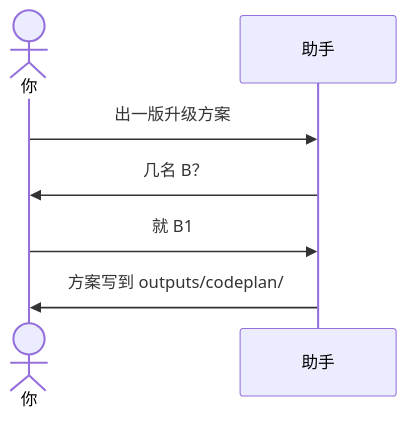
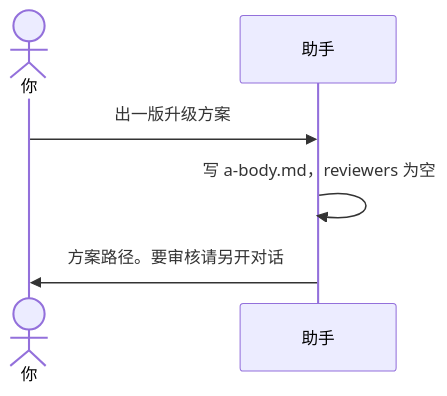
The diagram in examples/02-人数由你指定.md (qiusuo0226/codeplan-multireview), drawn with Mermaid before and after one commit. The commit also changed other lines of this file and 43 other files, not shown here.

````diff
--- a/examples/02-人数由你指定.md
+++ b/examples/02-人数由你指定.md
@@ -11,10 +11,9 @@
 ```mermaid
 sequenceDiagram
     actor You as 你
     participant AI as 助手
 
     You->>AI: 出一版升级方案
-    AI->>You: 几名 B？
-    You->>AI: 就 B1
-    AI->>You: 方案写到 outputs/codeplan/
+    AI->>AI: 写 a-body.md，reviewers 为空
+    AI->>You: 方案路径。要审核请另开对话
 ```
````
